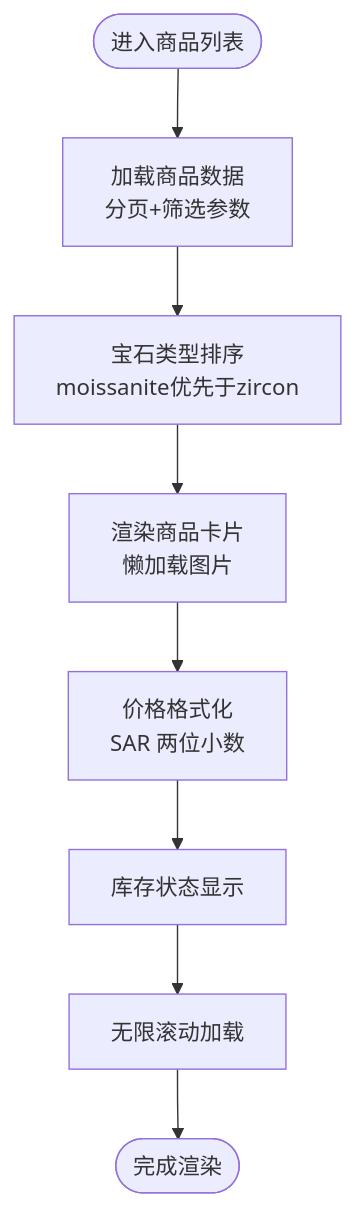
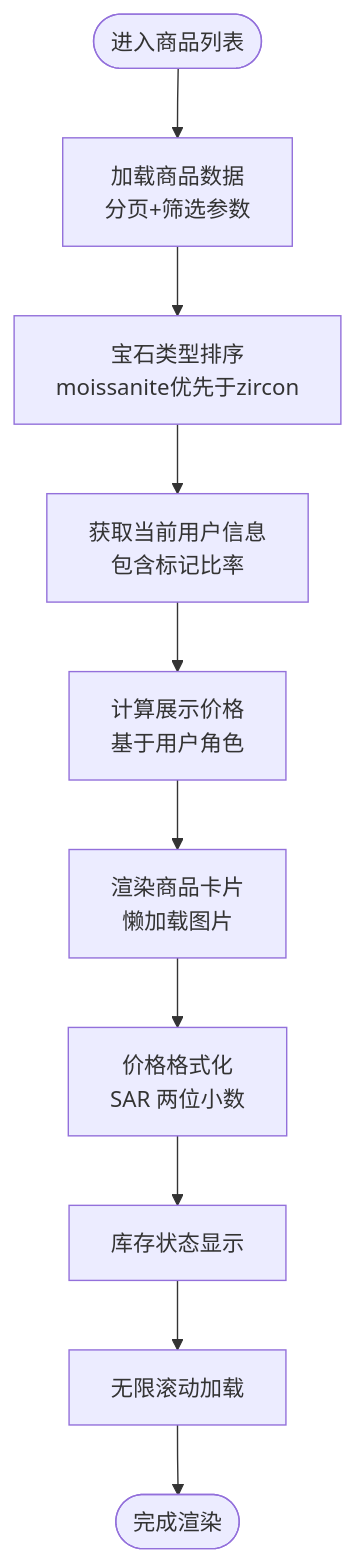
One commit to three3638-arch/celestia_2b changed the fourth of 9 diagrams in .qoder/repowiki/zh/content/前台商店系统/商品展示系统/商品展示系统.md. Above: the diagram before and after it, drawn with Mermaid. The commit also changed other lines of this file and 6 other files, not shown here.

````diff
--- a/.qoder/repowiki/zh/content/前台商店系统/商品展示系统/商品展示系统.md
+++ b/.qoder/repowiki/zh/content/前台商店系统/商品展示系统/商品展示系统.md
@@ -291,10 +348,12 @@
 ```mermaid
 flowchart TD
 Start(["进入商品列表"]) --> Load["加载商品数据<br/>分页+筛选参数"]
 Load --> Sort["宝石类型排序<br/>moissanite优先于zircon"]
-Sort --> Render["渲染商品卡片<br/>懒加载图片"]
+Sort --> GetUser["获取当前用户信息<br/>包含标记比率"]
+GetUser --> CalcPrice["计算展示价格<br/>基于用户角色"]
+CalcPrice --> Render["渲染商品卡片<br/>懒加载图片"]
 Render --> PriceFmt["价格格式化<br/>SAR 两位小数"]
 PriceFmt --> Status["库存状态显示"]
 Status --> Infinite["无限滚动加载"]
 Infinite --> End(["完成渲染"])
 ```
````
